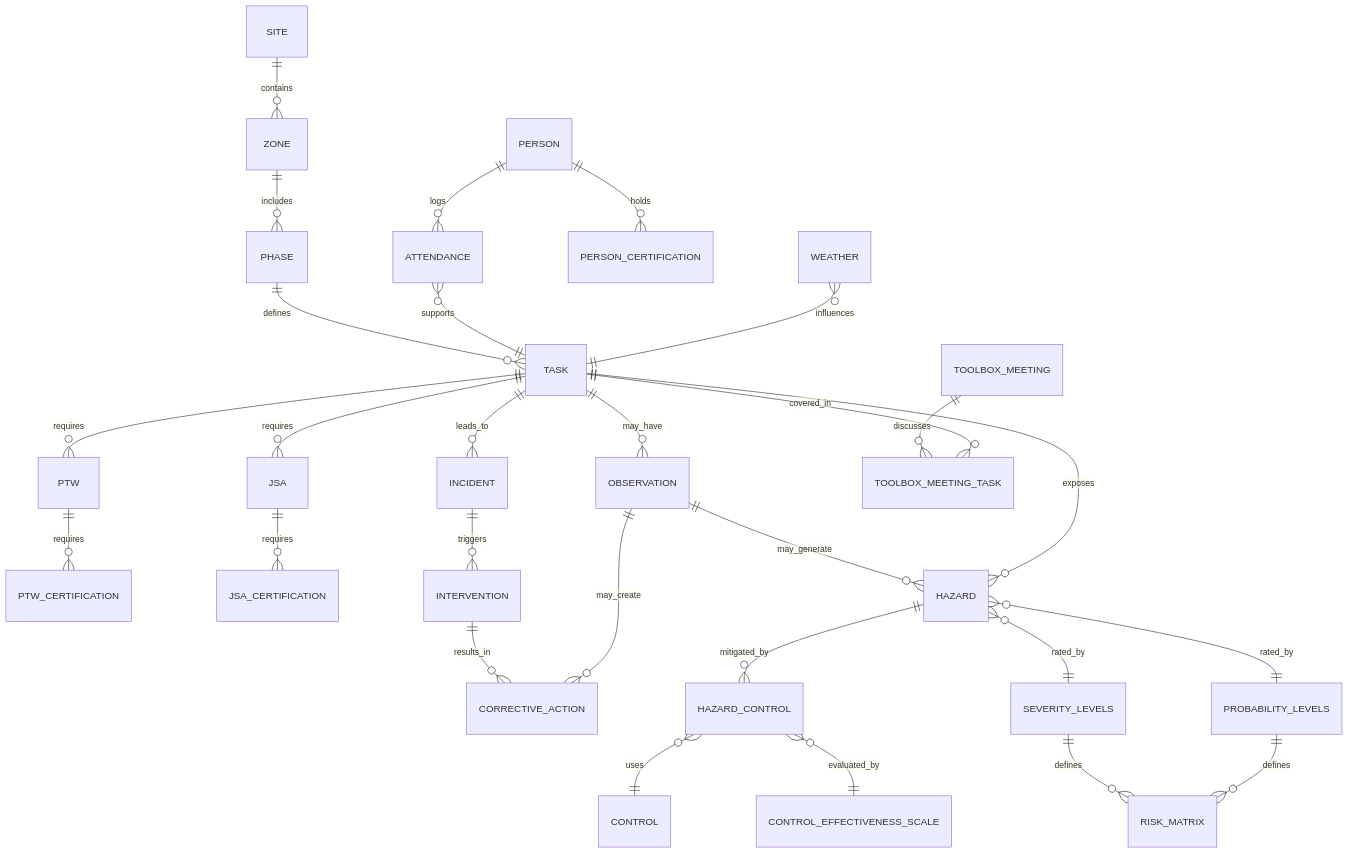
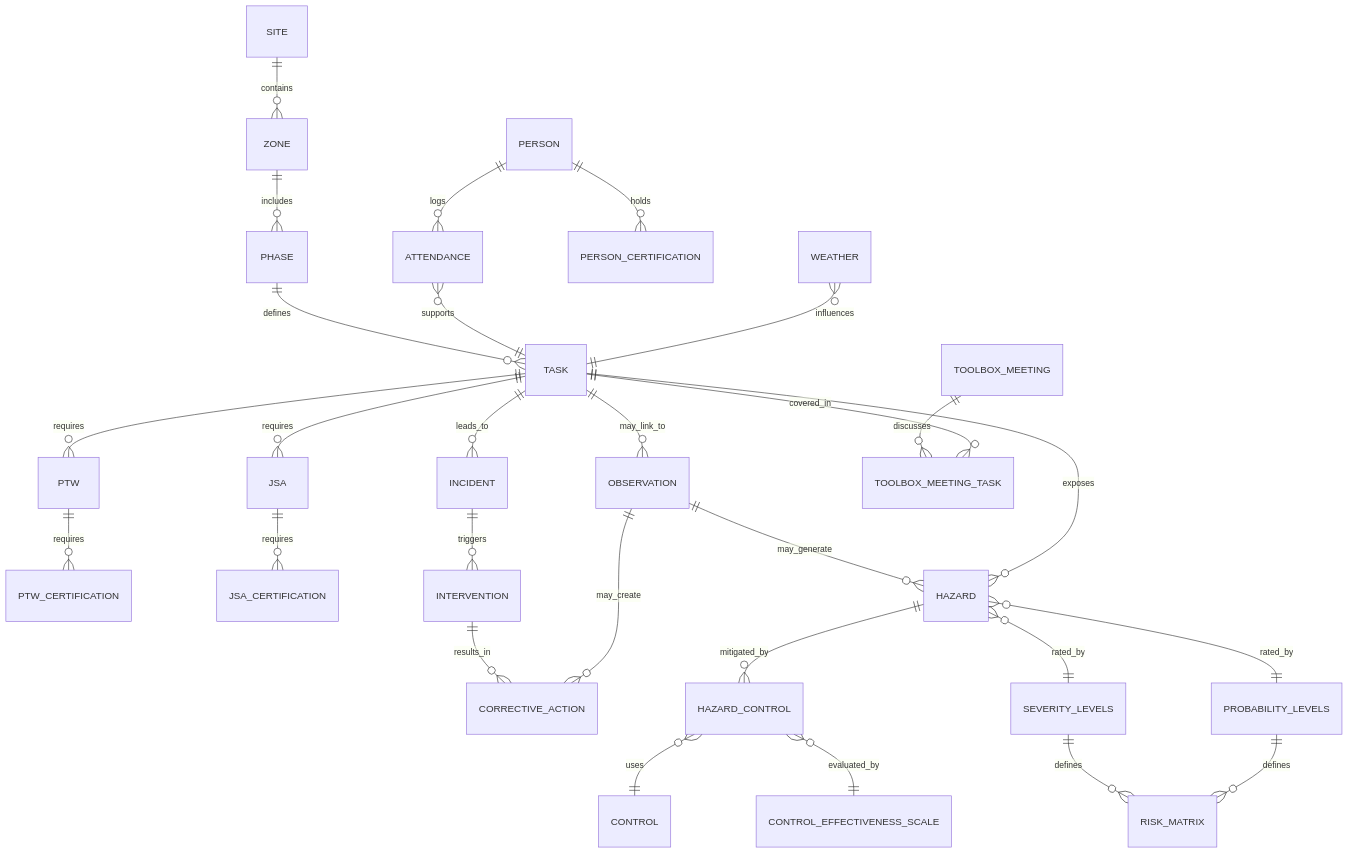
One commit to Euchie23/HSEQ_Risk_Intel changed the diagram in README.md. Above: the diagram before and after it, drawn with Mermaid.

````diff
--- a/README.md
+++ b/README.md
@@ -58,41 +58,41 @@
 ```mermaid
 erDiagram
     SITE ||--o{ ZONE : contains
     ZONE ||--o{ PHASE : includes
     PHASE ||--o{ TASK : defines
 
     PERSON ||--o{ ATTENDANCE : logs
     ATTENDANCE }o--|| TASK : supports
 
     TASK ||--o{ PTW : requires
     TASK ||--o{ JSA : requires
 
     PERSON ||--o{ PERSON_CERTIFICATION : holds
     PTW ||--o{ PTW_CERTIFICATION : requires
     JSA ||--o{ JSA_CERTIFICATION : requires
 
     TASK ||--o{ INCIDENT : leads_to
     INCIDENT ||--o{ INTERVENTION : triggers
     INTERVENTION ||--o{ CORRECTIVE_ACTION : results_in
 
-    TASK ||--o{ OBSERVATION  : may_have
+    TASK ||--o{ OBSERVATION  : may_link_to
     OBSERVATION ||--o{ HAZARD : may_generate
     OBSERVATION ||--o{ CORRECTIVE_ACTION : may_create
 
     TASK ||--o{ HAZARD : exposes
     HAZARD ||--o{ HAZARD_CONTROL : mitigated_by
     HAZARD_CONTROL }o--|| CONTROL : uses
 
     HAZARD }o--|| SEVERITY_LEVELS : rated_by
     HAZARD }o--|| PROBABILITY_LEVELS : rated_by
     SEVERITY_LEVELS ||--o{ RISK_MATRIX : defines
     PROBABILITY_LEVELS ||--o{ RISK_MATRIX : defines
 
     HAZARD_CONTROL }o--|| CONTROL_EFFECTIVENESS_SCALE : evaluated_by
 
     WEATHER }o--|| TASK : influences
 
     TOOLBOX_MEETING ||--o{ TOOLBOX_MEETING_TASK : discusses
     TASK ||--o{ TOOLBOX_MEETING_TASK : covered_in
 
 ```
````
